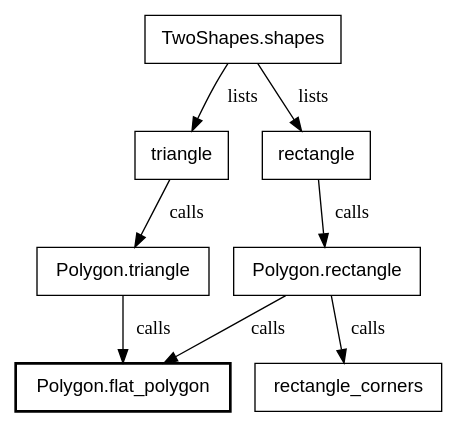
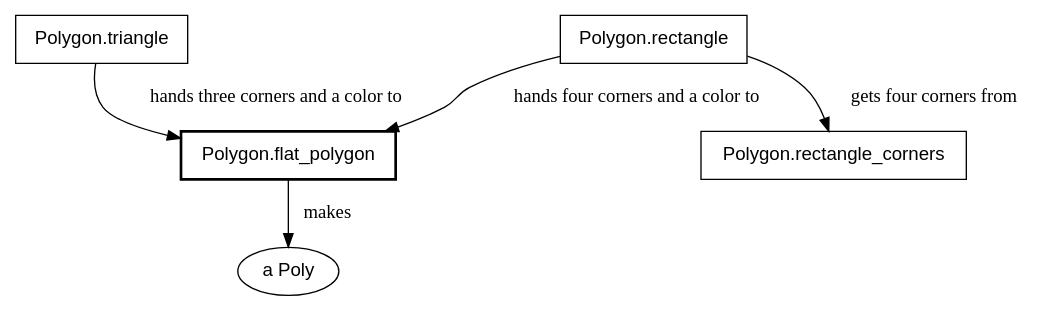
The fifth of 30 diagrams in canvas_apps/safari/tutorial/tutorial.md (showell/roc-apps), drawn with Graphviz before and after one commit. The commit also changed other lines of this file and 2 other files, not shown here.

First line of the commit message:
safari book: Shapes written fresh; MISSION.md takes Steve's batch-2 rules

````diff
--- a/canvas_apps/safari/tutorial/tutorial.md
+++ b/canvas_apps/safari/tutorial/tutorial.md
@@ -358,13 +372,11 @@
 ```dot
 digraph shapes {
   node [shape=box, fontname="Helvetica"];
-  "TwoShapes.shapes" -> "triangle" [label="  lists"];
-  "TwoShapes.shapes" -> "rectangle" [label="  lists"];
-  "triangle" -> "Polygon.triangle" [label="  calls"];
-  "rectangle" -> "Polygon.rectangle" [label="  calls"];
-  "Polygon.rectangle" -> "rectangle_corners" [label="  calls"];
-  "Polygon.triangle" -> "Polygon.flat_polygon" [label="  calls"];
-  "Polygon.rectangle" -> "Polygon.flat_polygon" [label="  calls"];
+  "Polygon.triangle" -> "Polygon.flat_polygon" [label="  hands three corners and a color to"];
+  "Polygon.rectangle" -> "Polygon.rectangle_corners" [label="  gets four corners from"];
+  "Polygon.rectangle" -> "Polygon.flat_polygon" [label="  hands four corners and a color to"];
+  "Polygon.flat_polygon" -> "a Poly" [label="  makes"];
   "Polygon.flat_polygon" [style=bold];
+  "a Poly" [shape=ellipse];
 }
 ```
````
